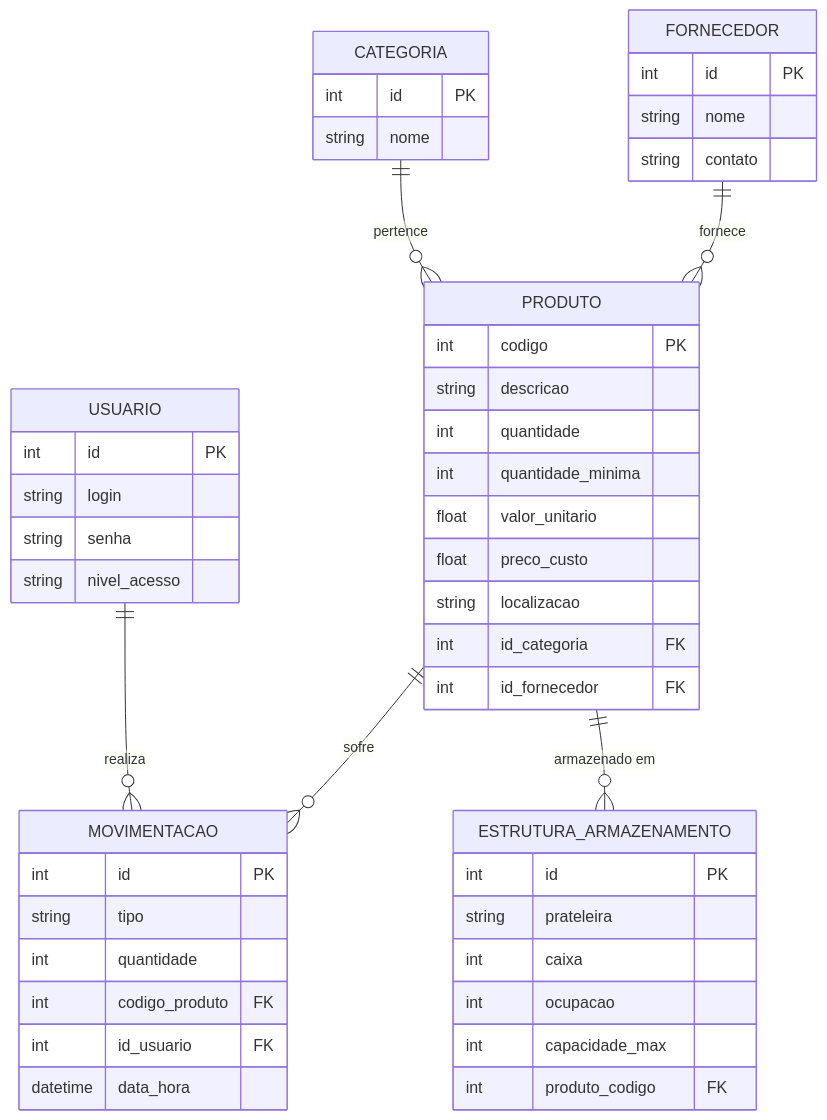
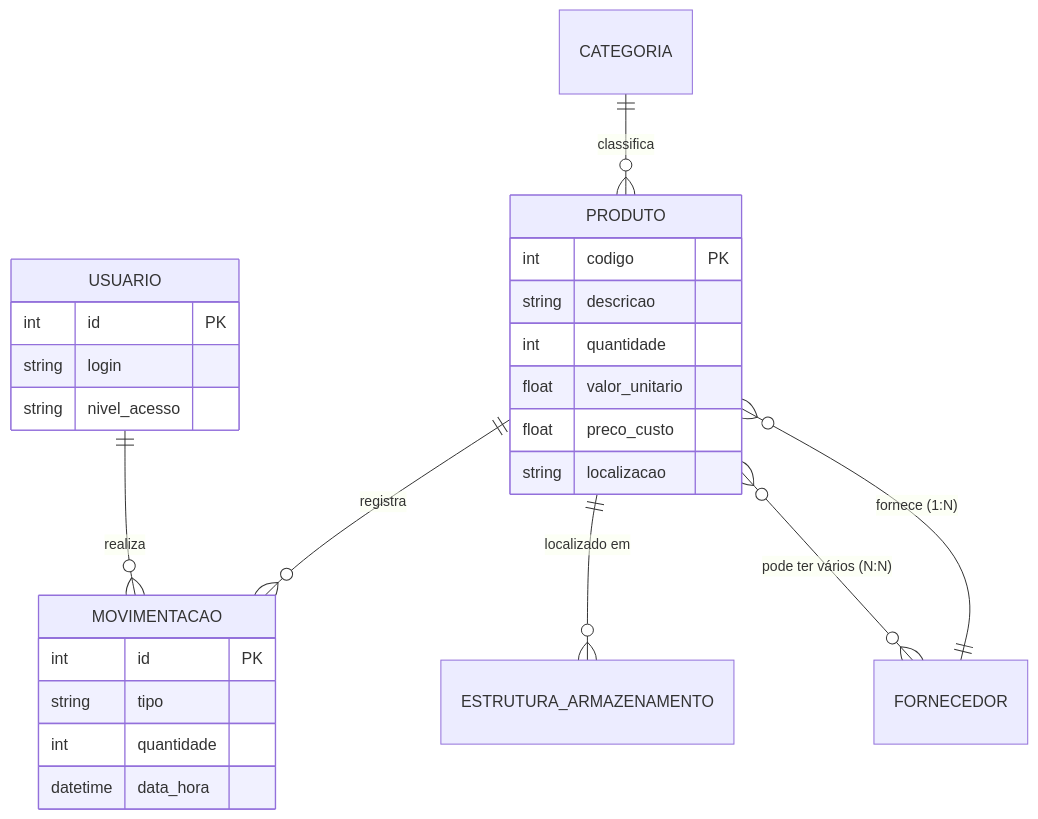
The diagram in README.md (plfrancisco/Controle-De-Estoque-), drawn with Mermaid before and after one commit. The commit also changed other lines of this file and 34 other files, not shown here.

````diff
--- a/README.md
+++ b/README.md
@@ -18,56 +17,31 @@
 ```mermaid
 erDiagram
     USUARIO ||--o{ MOVIMENTACAO : "realiza"
-    CATEGORIA ||--o{ PRODUTO : "pertence"
-    FORNECEDOR ||--o{ PRODUTO : "fornece"
-    PRODUTO ||--o{ MOVIMENTACAO : "sofre"
-    PRODUTO ||--o{ ESTRUTURA_ARMAZENAMENTO : "armazenado em"
+    CATEGORIA ||--o{ PRODUTO : "classifica"
+    FORNECEDOR ||--o{ PRODUTO : "fornece (1:N)"
+    PRODUTO ||--o{ MOVIMENTACAO : "registra"
+    PRODUTO ||--o{ ESTRUTURA_ARMAZENAMENTO : "localizado em"
+    PRODUTO }o--o{ FORNECEDOR : "pode ter vários (N:N)"
 
     USUARIO {
         int id PK
         string login
-        string senha
         string nivel_acesso
-    }
-
-    CATEGORIA {
-        int id PK
-        string nome
-    }
-
-    FORNECEDOR {
-        int id PK
-        string nome
-        string contato
     }
 
     PRODUTO {
         int codigo PK
         string descricao
         int quantidade
-        int quantidade_minima
         float valor_unitario
         float preco_custo
         string localizacao
-        int id_categoria FK
-        int id_fornecedor FK
     }
 
     MOVIMENTACAO {
         int id PK
         string tipo
         int quantidade
-        int codigo_produto FK
-        int id_usuario FK
         datetime data_hora
     }
-
-    ESTRUTURA_ARMAZENAMENTO {
-        int id PK
-        string prateleira
-        int caixa
-        int ocupacao
-        int capacidade_max
-        int produto_codigo FK
-    }
 ```
````
